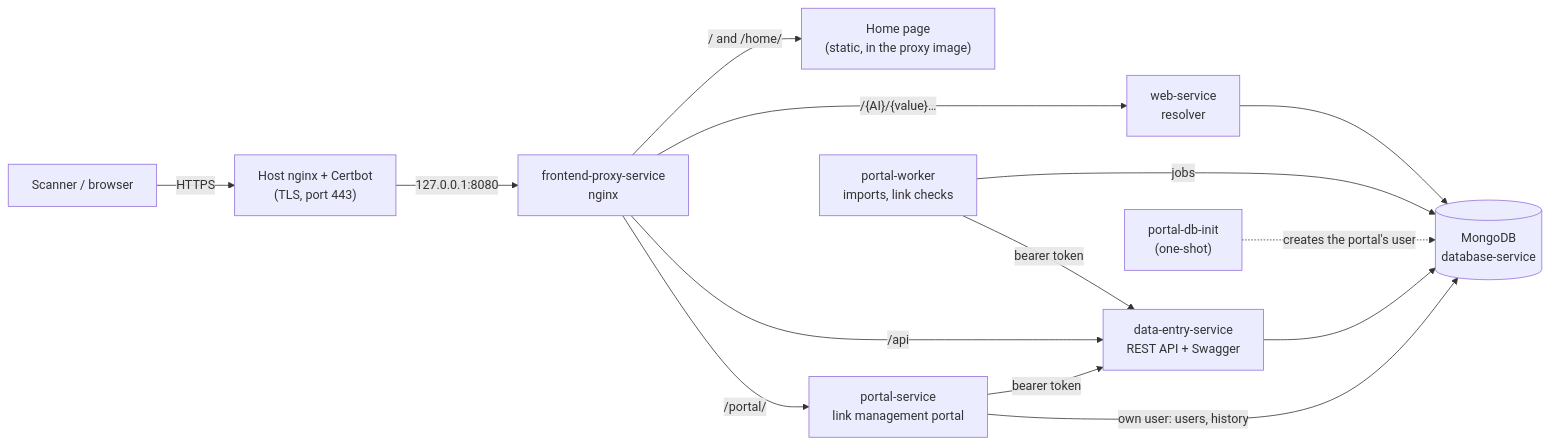
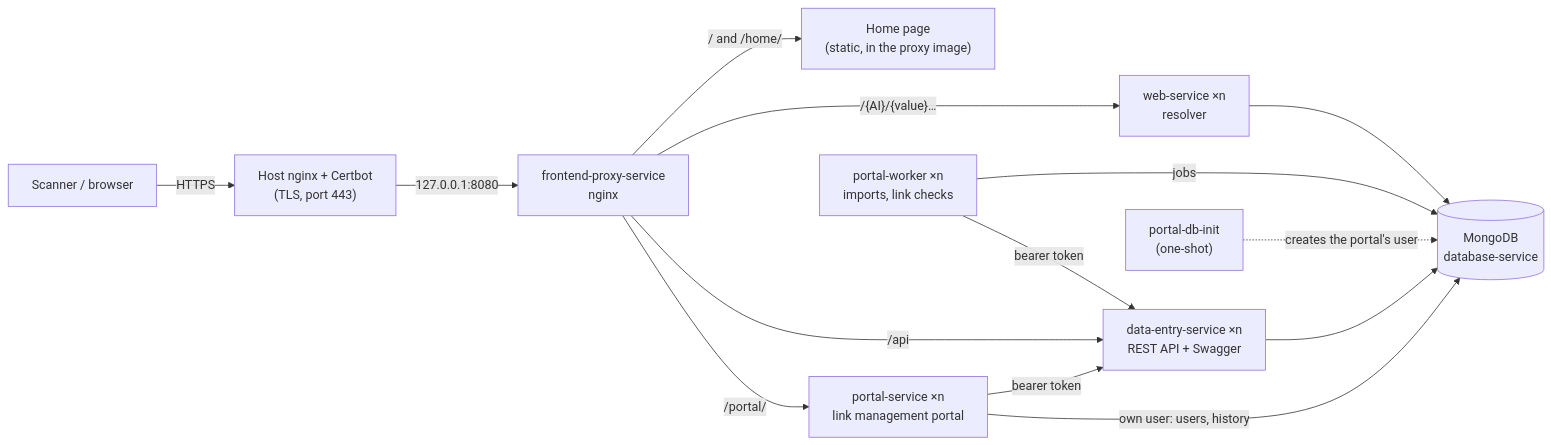
The diagram in README.md (ricardomelo/GS1_DigitalLink_Resolver_CE), drawn with Mermaid before and after one commit. The commit also changed other lines of this file and 25 other files, not shown here.

````diff
--- a/README.md
+++ b/README.md
@@ -112,16 +112,16 @@
 ```mermaid
 flowchart LR
     client["Scanner / browser"] -->|HTTPS| edge["Host nginx + Certbot<br/>(TLS, port 443)"]
     edge -->|"127.0.0.1:8080"| proxy["frontend-proxy-service<br/>nginx"]
     proxy -->|"/  and  /home/"| home["Home page<br/>(static, in the proxy image)"]
-    proxy -->|"/{AI}/{value}…"| web["web-service<br/>resolver"]
-    proxy -->|"/api"| de["data-entry-service<br/>REST API + Swagger"]
-    proxy -->|"/portal/"| portal["portal-service<br/>link management portal"]
+    proxy -->|"/{AI}/{value}…"| web["web-service ×n<br/>resolver"]
+    proxy -->|"/api"| de["data-entry-service ×n<br/>REST API + Swagger"]
+    proxy -->|"/portal/"| portal["portal-service ×n<br/>link management portal"]
     portal -->|"bearer token"| de
     web --> db[("MongoDB<br/>database-service")]
     de --> db
     portal -->|"own user: users, history"| db
     init["portal-db-init<br/>(one-shot)"] -.->|"creates the portal's user"| db
-    worker["portal-worker<br/>imports, link checks"] -->|"jobs"| db
+    worker["portal-worker ×n<br/>imports, link checks"] -->|"jobs"| db
     worker -->|"bearer token"| de
 ```
````
